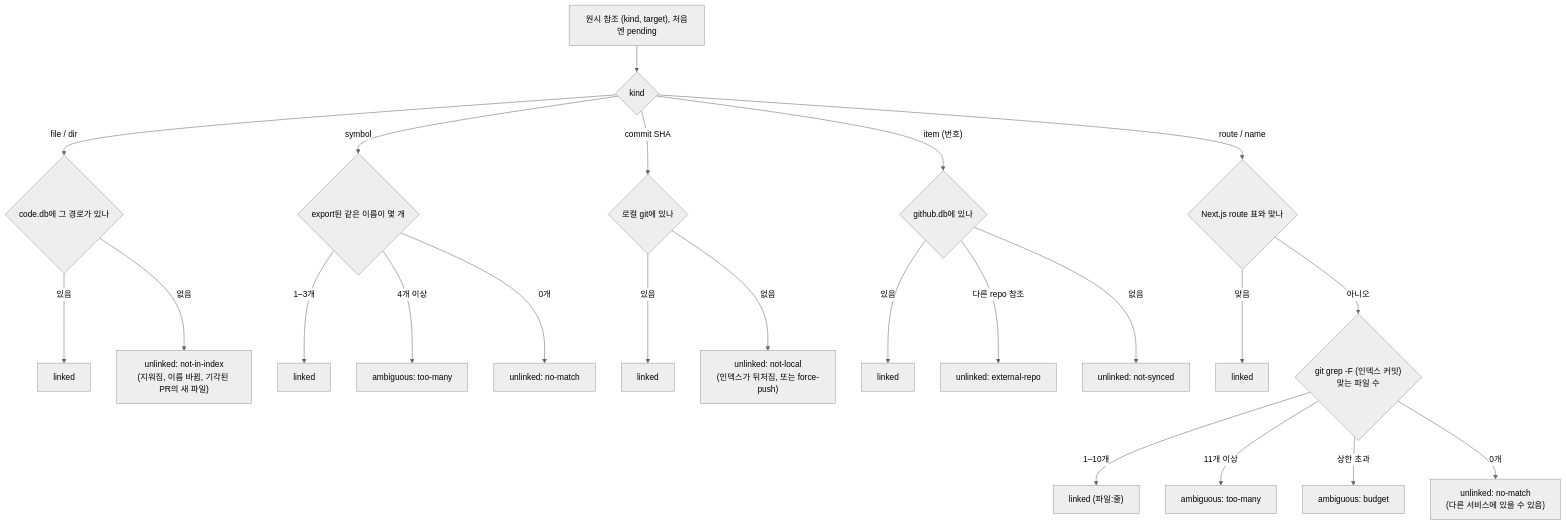
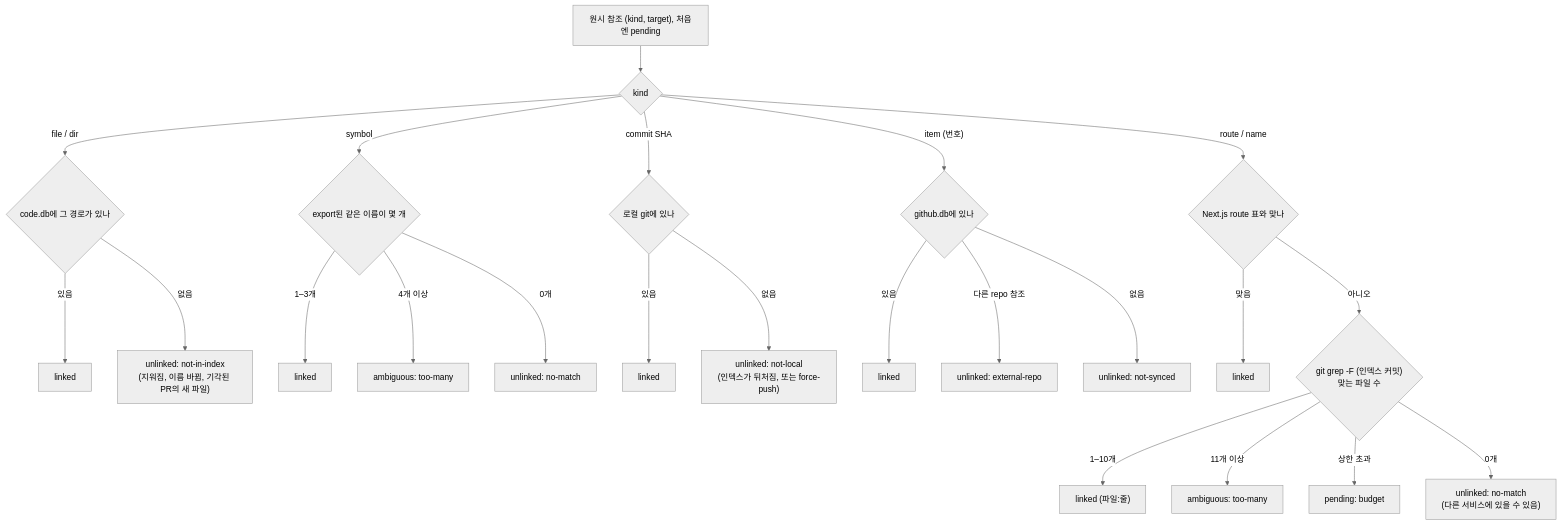
One commit to jha0313/second-brain-eval-kit changed the fourth of 6 diagrams in docs/phase1-design.md. Above: the diagram before and after it, drawn with Mermaid (neutral theme). The commit also changed other lines of this file and 15 other files, not shown here.

````diff
--- a/docs/phase1-design.md
+++ b/docs/phase1-design.md
@@ -405,25 +405,25 @@
 ```mermaid
 flowchart TD
   R["원시 참조 (kind, target), 처음엔 pending"] --> K{kind}
   K -- "file / dir" --> F{"code.db에 그 경로가 있나"}
   F -- "있음" --> L1["linked"]
   F -- "없음" --> U1["unlinked: not-in-index<br/>(지워짐, 이름 바뀜, 기각된 PR의 새 파일)"]
   K -- "symbol" --> SY{"export된 같은 이름이 몇 개"}
   SY -- "1–3개" --> L2["linked"]
   SY -- "4개 이상" --> A1["ambiguous: too-many"]
   SY -- "0개" --> U2["unlinked: no-match"]
   K -- "commit SHA" --> C{"로컬 git에 있나"}
   C -- "있음" --> L3["linked"]
   C -- "없음" --> U3["unlinked: not-local<br/>(인덱스가 뒤처짐, 또는 force-push)"]
   K -- "item (번호)" --> I{"github.db에 있나"}
   I -- "있음" --> L4["linked"]
   I -- "다른 repo 참조" --> U4["unlinked: external-repo"]
   I -- "없음" --> U5["unlinked: not-synced"]
   K -- "route / name" --> RT{"Next.js route 표와 맞나"}
   RT -- "맞음" --> L5["linked"]
   RT -- "아니오" --> GG{"git grep -F (인덱스 커밋)<br/>맞는 파일 수"}
   GG -- "1–10개" --> L6["linked (파일:줄)"]
   GG -- "11개 이상" --> A2["ambiguous: too-many"]
-  GG -- "상한 초과" --> A3["ambiguous: budget"]
+  GG -- "상한 초과" --> A3["pending: budget"]
   GG -- "0개" --> U6["unlinked: no-match<br/>(다른 서비스에 있을 수 있음)"]
 ```
````
